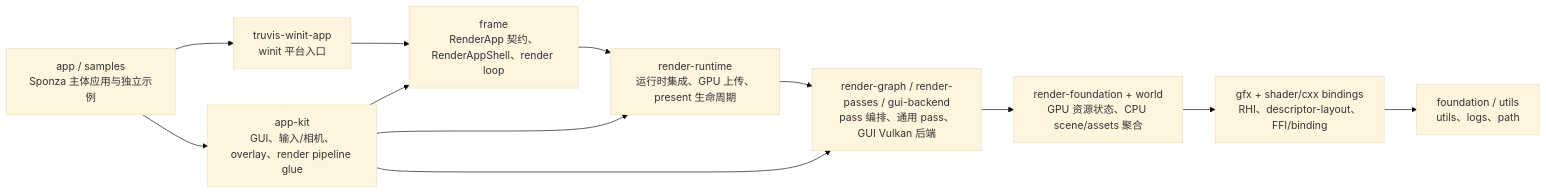
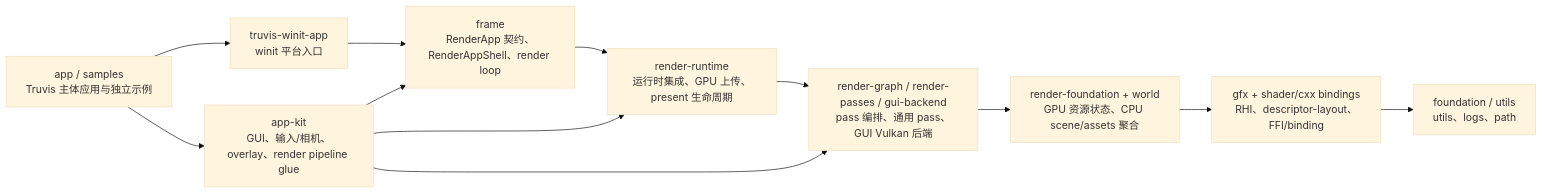
Before and after one commit to acccoco/TruvisRenderer: the second of 7 diagrams in ARCHITECTURE.md, drawn with Mermaid (base theme). The commit also changed other lines of this file and 56 other files, not shown here.

````diff
--- a/ARCHITECTURE.md
+++ b/ARCHITECTURE.md
@@ -33,17 +33,17 @@
 ```mermaid
 flowchart LR
     Foundation["foundation / utils<br/>utils、logs、path"]
     Gfx["gfx + shader/cxx bindings<br/>RHI、descriptor-layout、FFI/binding"]
     Core["render-foundation + world<br/>GPU 资源状态、CPU scene/assets 聚合"]
     RenderDomain["render-graph / render-passes / gui-backend<br/>pass 编排、通用 pass、GUI Vulkan 后端"]
     Runtime["render-runtime<br/>运行时集成、GPU 上传、present 生命周期"]
     Frame["frame<br/>RenderApp 契约、RenderAppShell、render loop"]
     AppKit["app-kit<br/>GUI、输入/相机、overlay、render pipeline glue"]
-    App["app / samples<br/>Sponza 主体应用与独立示例"]
+    App["app / samples<br/>Truvis 主体应用与独立示例"]
     Platform["truvis-winit-app<br/>winit 平台入口"]
 
     App --> Platform --> Frame --> Runtime --> RenderDomain --> Core --> Gfx --> Foundation
     App --> AppKit --> Frame
     AppKit --> Runtime
     AppKit --> RenderDomain
 ```
````
